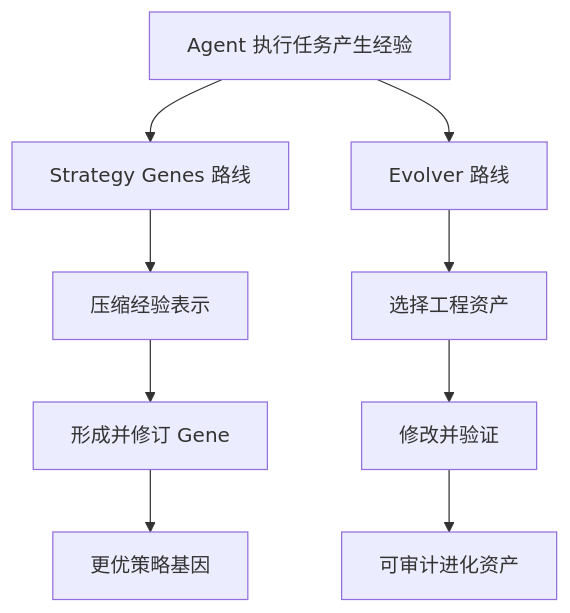
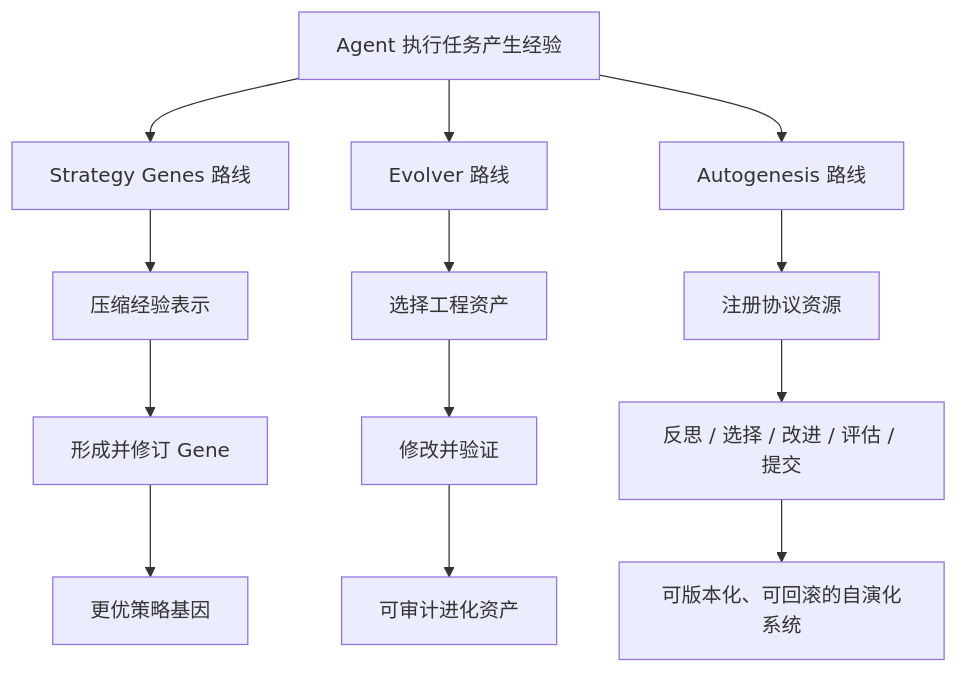
One commit to pofossette/guidebooks changed the ninth of 18 diagrams in docs/agent-engineering/self-evolve/路线总览.md. Above: the diagram before and after it, drawn with Mermaid. The commit also changed other lines of this file and 7 other files, not shown here.

````diff
--- a/docs/agent-engineering/self-evolve/路线总览.md
+++ b/docs/agent-engineering/self-evolve/路线总览.md
@@ -124,11 +188,15 @@
 ```mermaid
 flowchart TD
     A[Agent 执行任务产生经验] --> B3[Strategy Genes 路线]
     A --> B4[Evolver 路线]
     B3 --> C3[压缩经验表示]
     C3 --> D3[形成并修订 Gene]
     D3 --> E3[更优策略基因]
     B4 --> C4[选择工程资产]
     C4 --> D4[修改并验证]
     D4 --> E4[可审计进化资产]
+    A --> B6[Autogenesis 路线]
+    B6 --> C6[注册协议资源]
+    C6 --> D6[反思 / 选择 / 改进 / 评估 / 提交]
+    D6 --> E6[可版本化、可回滚的自演化系统]
 ```
````
